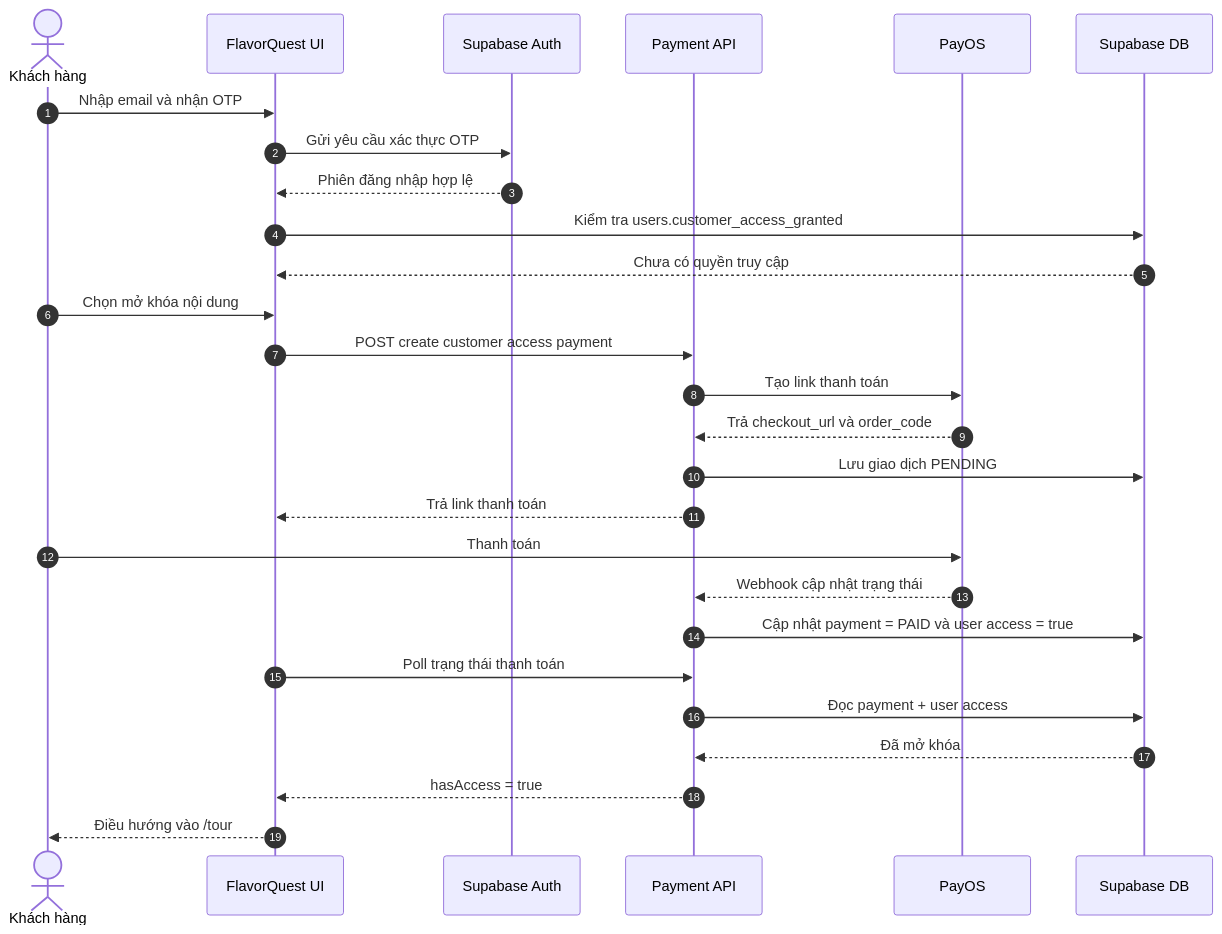
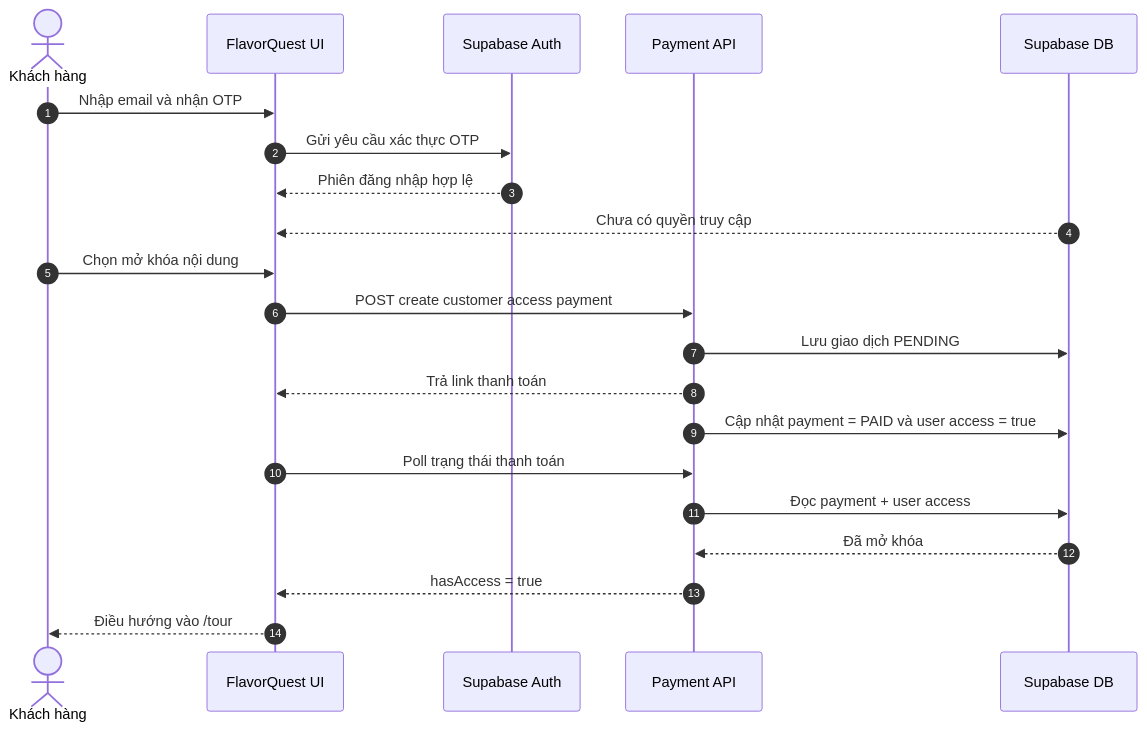
The fourth of 6 diagrams in docs/seminar-diagrams.md (zaikaman/FlavorQuest), drawn with Mermaid before and after one commit. The commit also changed other lines of this file and 38 other files, not shown here.

````diff
--- a/docs/seminar-diagrams.md
+++ b/docs/seminar-diagrams.md
@@ -74,30 +69,24 @@
 ```mermaid
 sequenceDiagram
   autonumber
   actor User as Khách hàng
   participant UI as FlavorQuest UI
   participant Auth as Supabase Auth
   participant API as Payment API
-  participant PayOS as PayOS
   participant DB as Supabase DB
 
   User->>UI: Nhập email và nhận OTP
   UI->>Auth: Gửi yêu cầu xác thực OTP
   Auth-->>UI: Phiên đăng nhập hợp lệ
-  UI->>DB: Kiểm tra users.customer_access_granted
   DB-->>UI: Chưa có quyền truy cập
   User->>UI: Chọn mở khóa nội dung
   UI->>API: POST create customer access payment
-  API->>PayOS: Tạo link thanh toán
-  PayOS-->>API: Trả checkout_url và order_code
   API->>DB: Lưu giao dịch PENDING
   API-->>UI: Trả link thanh toán
-  User->>PayOS: Thanh toán
-  PayOS-->>API: Webhook cập nhật trạng thái
   API->>DB: Cập nhật payment = PAID và user access = true
   UI->>API: Poll trạng thái thanh toán
   API->>DB: Đọc payment + user access
   DB-->>API: Đã mở khóa
   API-->>UI: hasAccess = true
   UI-->>User: Điều hướng vào /tour
 ```
````
